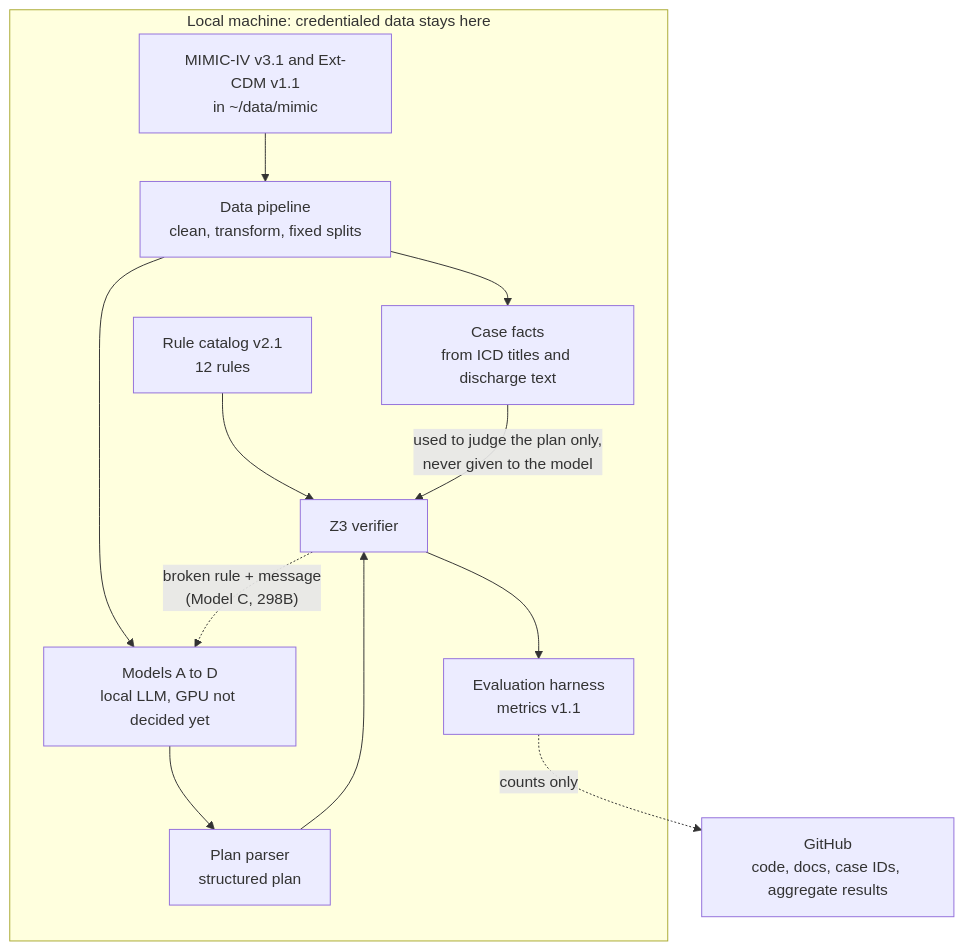
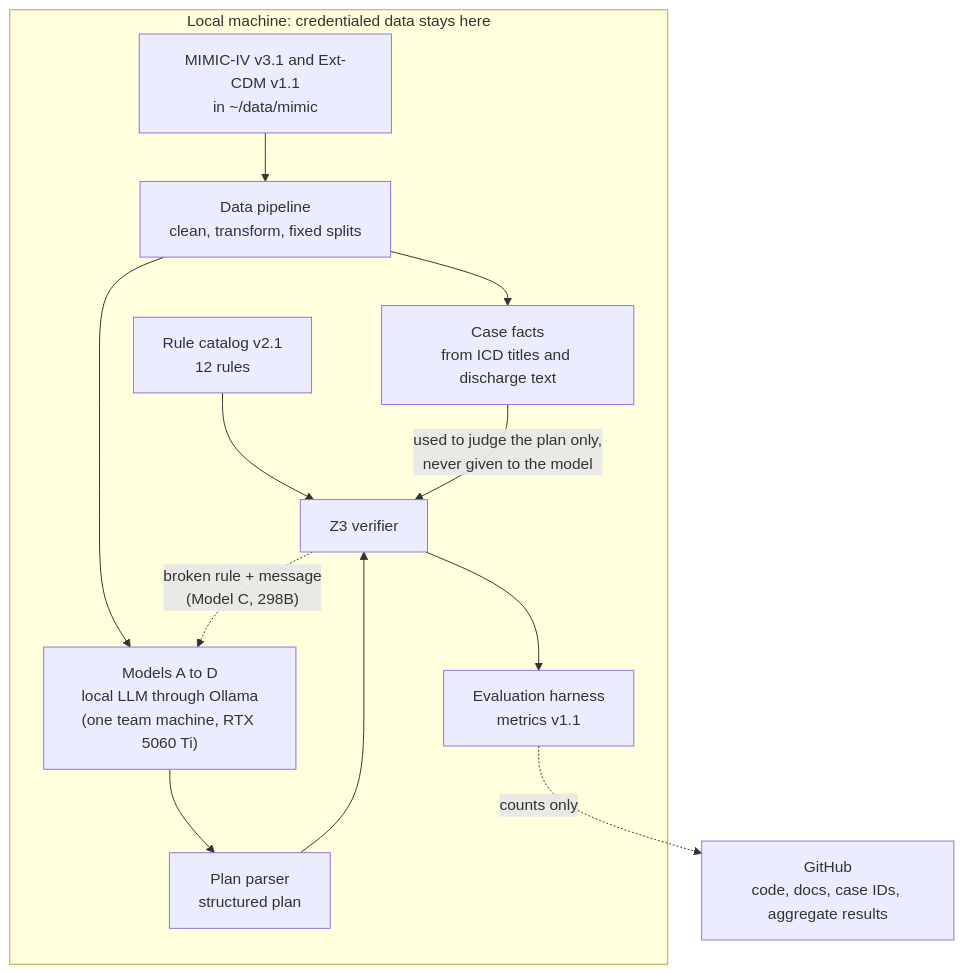
The diagram in docs/workbook2_model_development.md (Akashkumarsenthil/Clinical-Discharge-Treatment-Plan-Verification), drawn with Mermaid before and after one commit. The commit also changed other lines of this file and 6 other files, not shown here.

````diff
--- a/docs/workbook2_model_development.md
+++ b/docs/workbook2_model_development.md
@@ -23,15 +23,15 @@
 ```mermaid
 flowchart TD
     subgraph LOCAL["Local machine: credentialed data stays here"]
         D["MIMIC-IV v3.1 and Ext-CDM v1.1<br/>in ~/data/mimic"] --> P["Data pipeline<br/>clean, transform, fixed splits"]
         P --> F["Case facts<br/>from ICD titles and discharge text"]
-        P --> M["Models A to D<br/>local LLM, GPU not decided yet"]
+        P --> M["Models A to D<br/>local LLM through Ollama<br/>(one team machine, RTX 5060 Ti)"]
         M --> Q["Plan parser<br/>structured plan"]
         Q --> Z["Z3 verifier"]
         R["Rule catalog v2.1<br/>12 rules"] --> Z
         F -->|"used to judge the plan only,<br/>never given to the model"| Z
         Z --> E["Evaluation harness<br/>metrics v1.1"]
     end
     E -.->|"counts only"| G["GitHub<br/>code, docs, case IDs, aggregate results"]
     Z -.->|"broken rule + message<br/>(Model C, 298B)"| M
 ```
````
